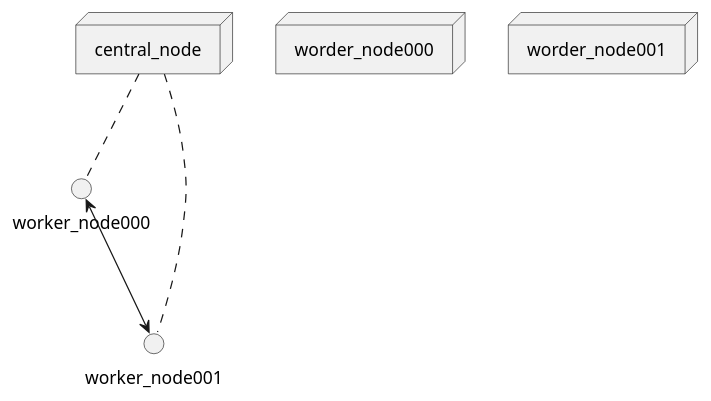
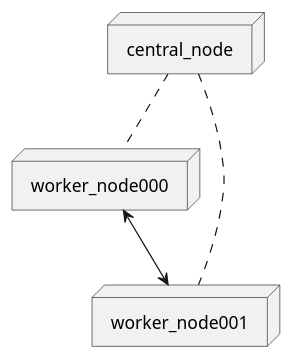
The diagram in README.md (dneise/example_plant_uml), drawn with PlantUML before and after one commit. The commit also changed other lines of this file, not shown here.

````diff
--- a/README.md
+++ b/README.md
@@ -7,13 +7,13 @@
 ```plantuml
 @startuml
 
 node central_node
-node worder_node000
-node worder_node001
+node worker_node000
+node worker_node001
 
 central_node .. worker_node000
 central_node .. worker_node001
 worker_node000 <--> worker_node001
 
 @enduml
 ```
````
